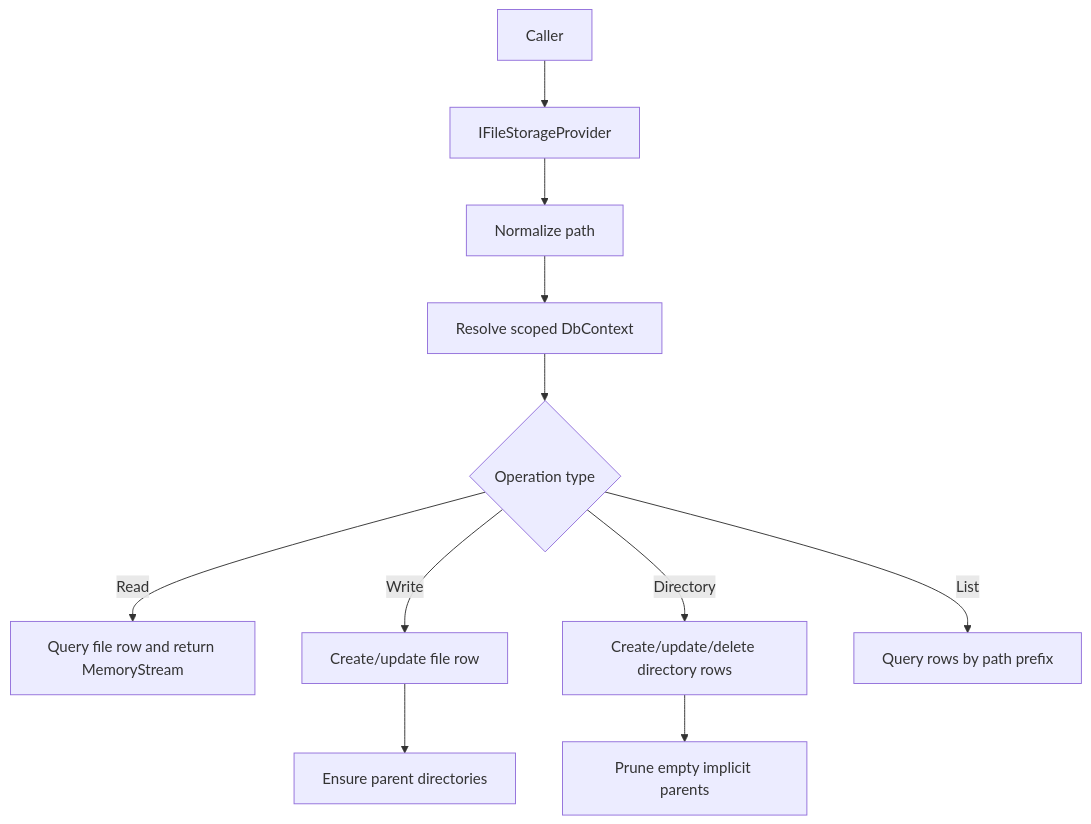
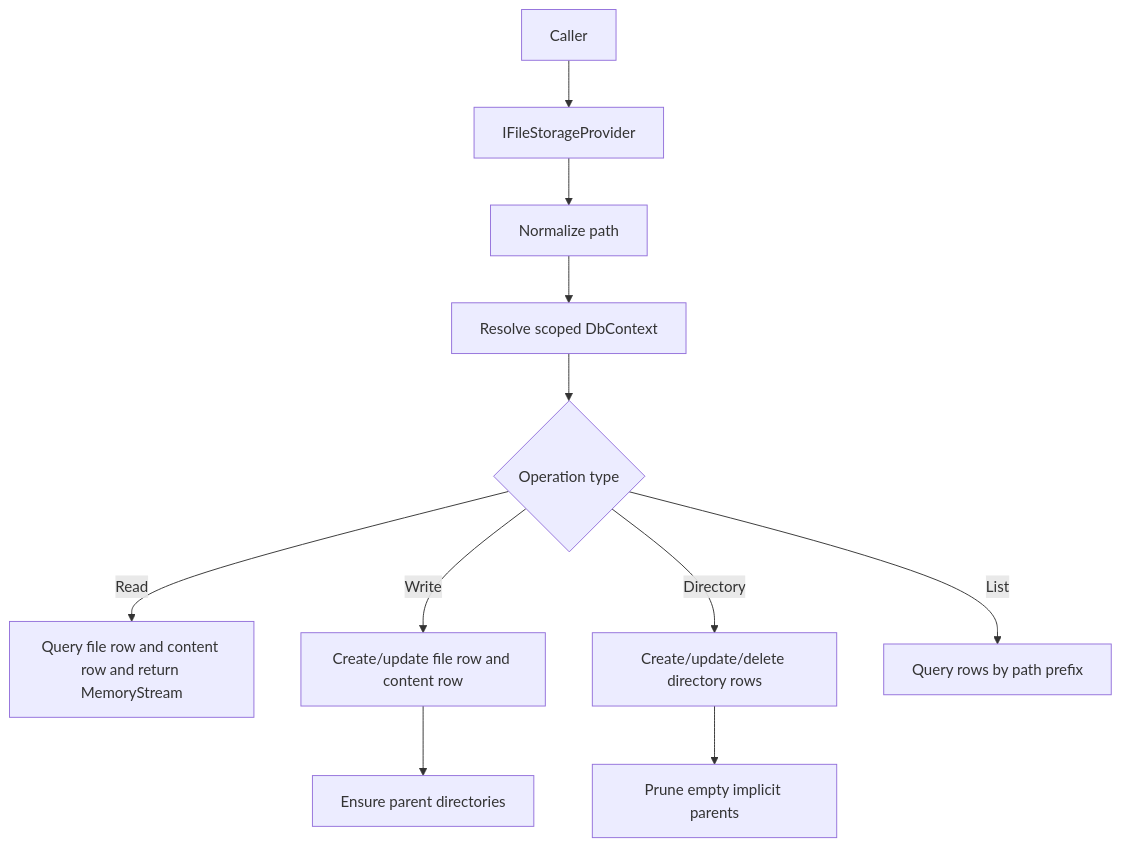
The second of 2 diagrams in docs/designs/design-application-storage-entityframework-filesystem.md (BridgingIT-GmbH/bITdevKit), drawn with Mermaid before and after one commit. The commit also changed other lines of this file and 3 other files, not shown here.

````diff
--- a/docs/designs/design-application-storage-entityframework-filesystem.md
+++ b/docs/designs/design-application-storage-entityframework-filesystem.md
@@ -132,13 +134,13 @@
 ```mermaid
 flowchart TD
     A[Caller] --> B[IFileStorageProvider]
     B --> C[Normalize path]
     C --> D[Resolve scoped DbContext]
     D --> E{Operation type}
-    E -->|Read| F[Query file row and return MemoryStream]
-    E -->|Write| G[Create/update file row]
+    E -->|Read| F[Query file row and content row and return MemoryStream]
+    E -->|Write| G[Create/update file row and content row]
     E -->|Directory| H[Create/update/delete directory rows]
     E -->|List| I[Query rows by path prefix]
     G --> J[Ensure parent directories]
     H --> K[Prune empty implicit parents]
 ```
````
